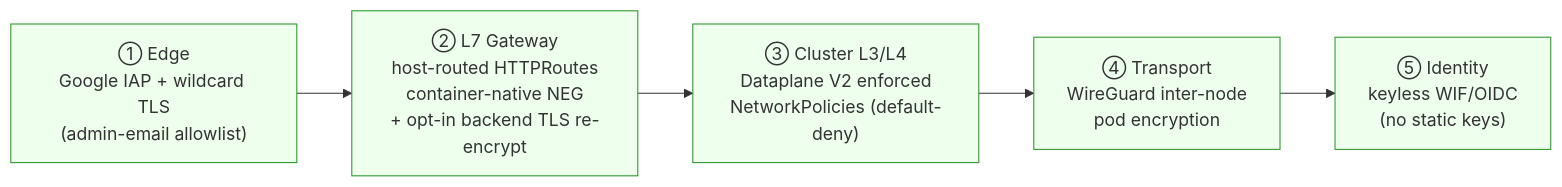
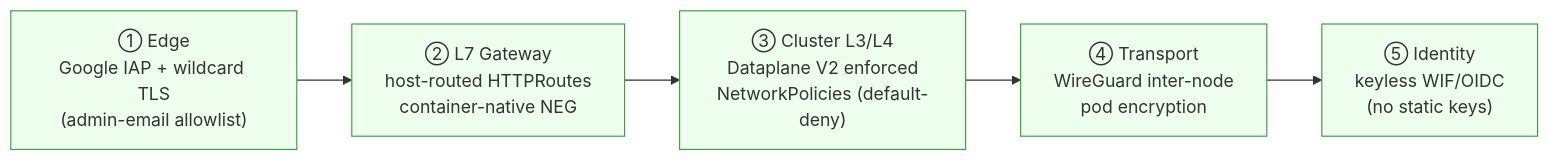
Before and after one commit to nubenetes/jenkins-2026: the eighth of 8 diagrams in docs/503-NETWORKING.md, drawn with Mermaid. The commit also changed other lines of this file and 48 other files, not shown here.

````diff
--- a/docs/503-NETWORKING.md
+++ b/docs/503-NETWORKING.md
@@ -336,10 +342,10 @@
 ```mermaid
 flowchart LR
   a["① Edge<br/>Google IAP + wildcard TLS<br/>(admin-email allowlist)"] -->
-  b["② L7 Gateway<br/>host-routed HTTPRoutes<br/>container-native NEG<br/>+ opt-in backend TLS re-encrypt"] -->
+  b["② L7 Gateway<br/>host-routed HTTPRoutes<br/>container-native NEG"] -->
   c["③ Cluster L3/L4<br/>Dataplane V2 enforced<br/>NetworkPolicies (default-deny)"] -->
   d["④ Transport<br/>WireGuard inter-node<br/>pod encryption"] -->
   e["⑤ Identity<br/>keyless WIF/OIDC<br/>(no static keys)"]
   classDef s fill:#efe,stroke:#393;
   class a,b,c,d,e s;
 ```
````
